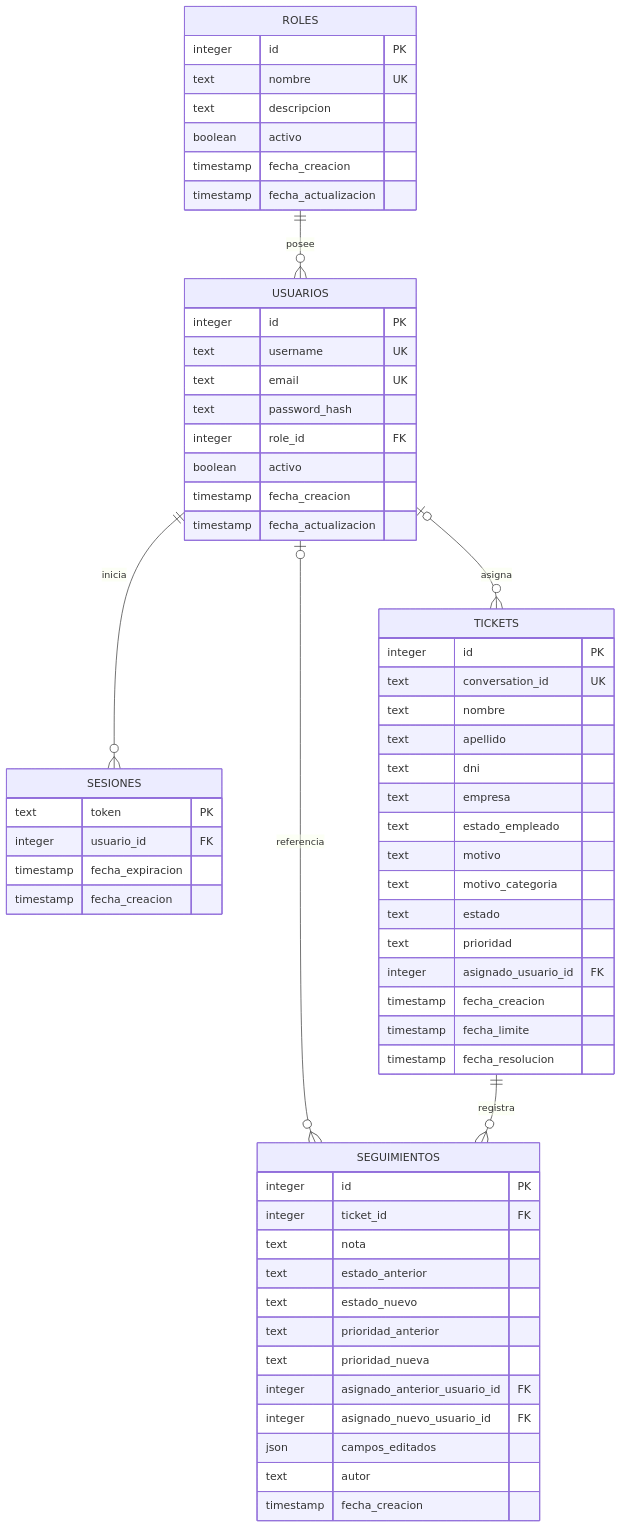
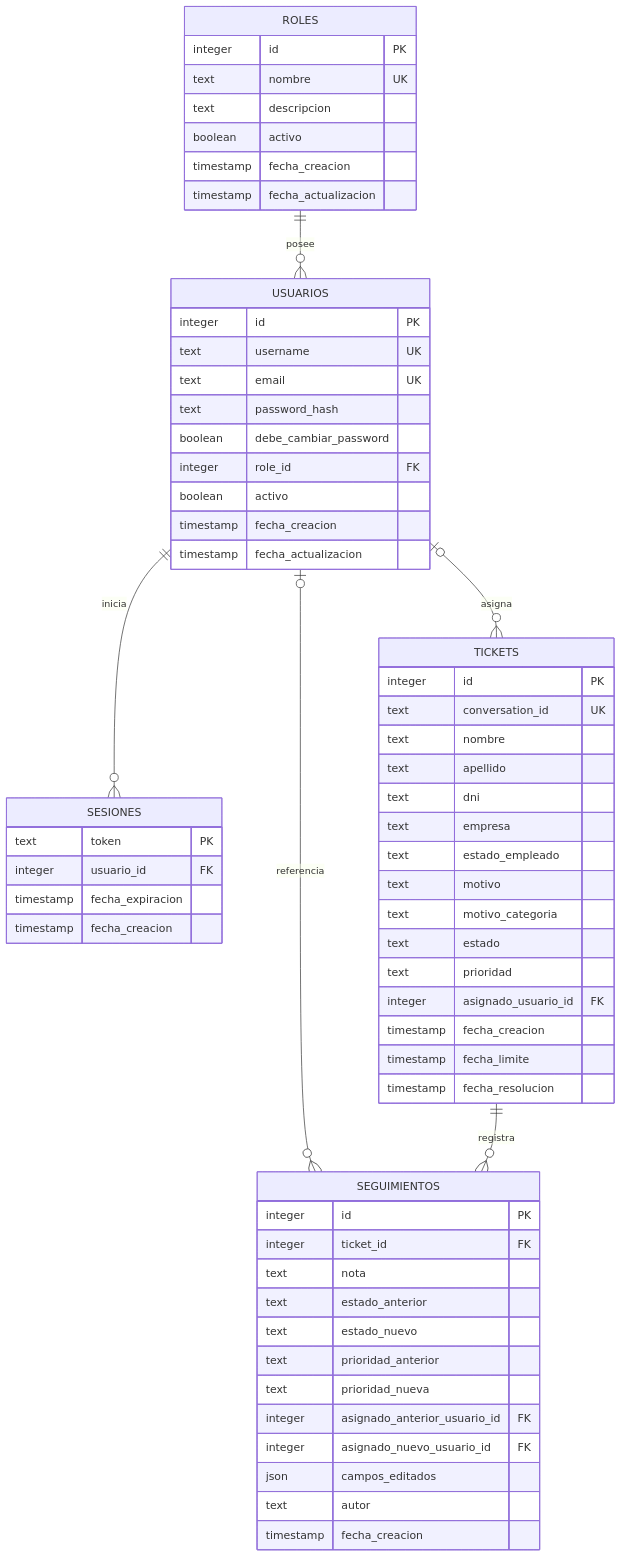
The sixth of 10 diagrams in docs/ARQUITECTURA.MD (marianoLaclau/ticketsAdmin), drawn with Mermaid before and after one commit. The commit also changed other lines of this file and 46 other files, not shown here.

````diff
--- a/docs/ARQUITECTURA.MD
+++ b/docs/ARQUITECTURA.MD
@@ -204,64 +204,65 @@
 ```mermaid
 erDiagram
     ROLES ||--o{ USUARIOS : posee
     USUARIOS ||--o{ SESIONES : inicia
     USUARIOS o|--o{ TICKETS : asigna
     USUARIOS o|--o{ SEGUIMIENTOS : referencia
     TICKETS ||--o{ SEGUIMIENTOS : registra
 
     ROLES {
         integer id PK
         text nombre UK
         text descripcion
         boolean activo
         timestamp fecha_creacion
         timestamp fecha_actualizacion
     }
     USUARIOS {
         integer id PK
         text username UK
         text email UK
         text password_hash
+        boolean debe_cambiar_password
         integer role_id FK
         boolean activo
         timestamp fecha_creacion
         timestamp fecha_actualizacion
     }
     SESIONES {
         text token PK
         integer usuario_id FK
         timestamp fecha_expiracion
         timestamp fecha_creacion
     }
     TICKETS {
         integer id PK
         text conversation_id UK
         text nombre
         text apellido
         text dni
         text empresa
         text estado_empleado
         text motivo
         text motivo_categoria
         text estado
         text prioridad
         integer asignado_usuario_id FK
         timestamp fecha_creacion
         timestamp fecha_limite
         timestamp fecha_resolucion
     }
     SEGUIMIENTOS {
         integer id PK
         integer ticket_id FK
         text nota
         text estado_anterior
         text estado_nuevo
         text prioridad_anterior
         text prioridad_nueva
         integer asignado_anterior_usuario_id FK
         integer asignado_nuevo_usuario_id FK
         json campos_editados
         text autor
         timestamp fecha_creacion
     }
 ```
````
